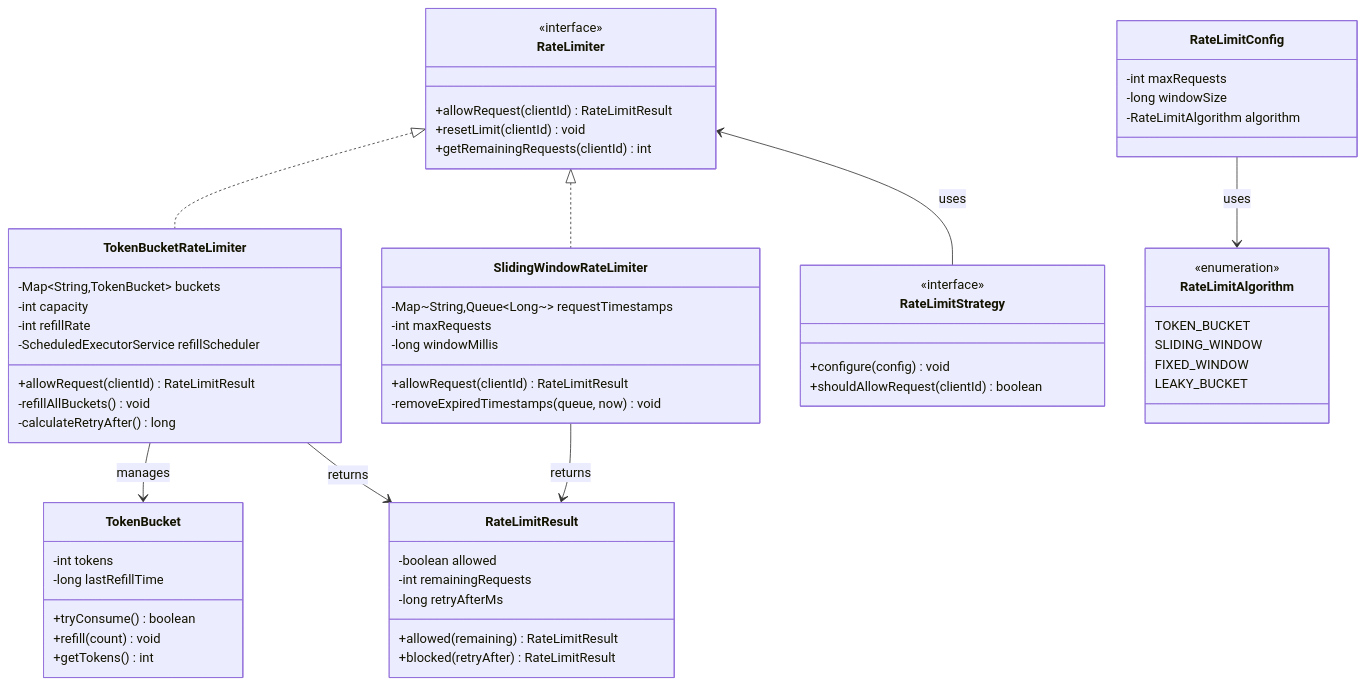
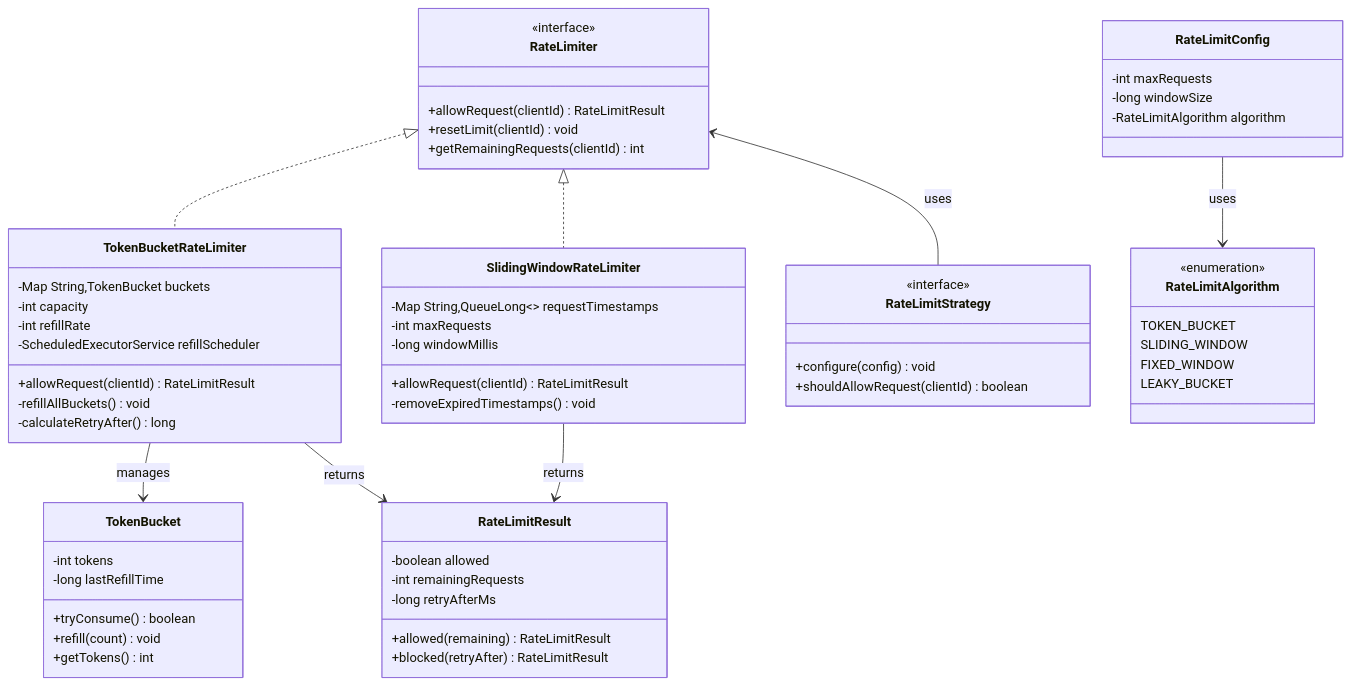
The diagram in docs/problems/ratelimiter/README.md (dlkr18/lld-playbook), drawn with Mermaid before and after one commit. The commit also changed 29 other files, not shown here.

First line of the commit message:
Fix Mermaid rendering: downgrade to v9, aggressive classDiagram sanitization.

````diff
--- a/docs/problems/ratelimiter/README.md
+++ b/docs/problems/ratelimiter/README.md
@@ -90,71 +90,71 @@
 ```mermaid
 classDiagram
     class RateLimiter {
         <<interface>>
         +allowRequest(clientId) RateLimitResult
         +resetLimit(clientId) void
         +getRemainingRequests(clientId) int
     }
 
     class TokenBucketRateLimiter {
-        -Map~String,TokenBucket~ buckets
+        -Map String,TokenBucket buckets
         -int capacity
         -int refillRate
         -ScheduledExecutorService refillScheduler
         +allowRequest(clientId) RateLimitResult
         -refillAllBuckets() void
         -calculateRetryAfter() long
     }
 
     class SlidingWindowRateLimiter {
-        -Map~String,Queue~Long~~ requestTimestamps
+        -Map String,QueueLong~~ requestTimestamps
         -int maxRequests
         -long windowMillis
         +allowRequest(clientId) RateLimitResult
-        -removeExpiredTimestamps(queue, now) void
+        -removeExpiredTimestamps() void
     }
 
     class TokenBucket {
         -int tokens
         -long lastRefillTime
         +tryConsume() boolean
         +refill(count) void
         +getTokens() int
     }
 
     class RateLimitResult {
         -boolean allowed
         -int remainingRequests
         -long retryAfterMs
         +allowed(remaining) RateLimitResult
         +blocked(retryAfter) RateLimitResult
     }
 
     class RateLimitConfig {
         -int maxRequests
         -long windowSize
         -RateLimitAlgorithm algorithm
     }
 
     class RateLimitAlgorithm {
         <<enumeration>>
         TOKEN_BUCKET
         SLIDING_WINDOW
         FIXED_WINDOW
         LEAKY_BUCKET
     }
 
     class RateLimitStrategy {
         <<interface>>
         +configure(config) void
         +shouldAllowRequest(clientId) boolean
     }
 
     RateLimiter <|.. TokenBucketRateLimiter
     RateLimiter <|.. SlidingWindowRateLimiter
     TokenBucketRateLimiter --> TokenBucket : manages
     TokenBucketRateLimiter --> RateLimitResult : returns
     SlidingWindowRateLimiter --> RateLimitResult : returns
     RateLimitConfig --> RateLimitAlgorithm : uses
     RateLimiter <-- RateLimitStrategy : uses
 ```
````
